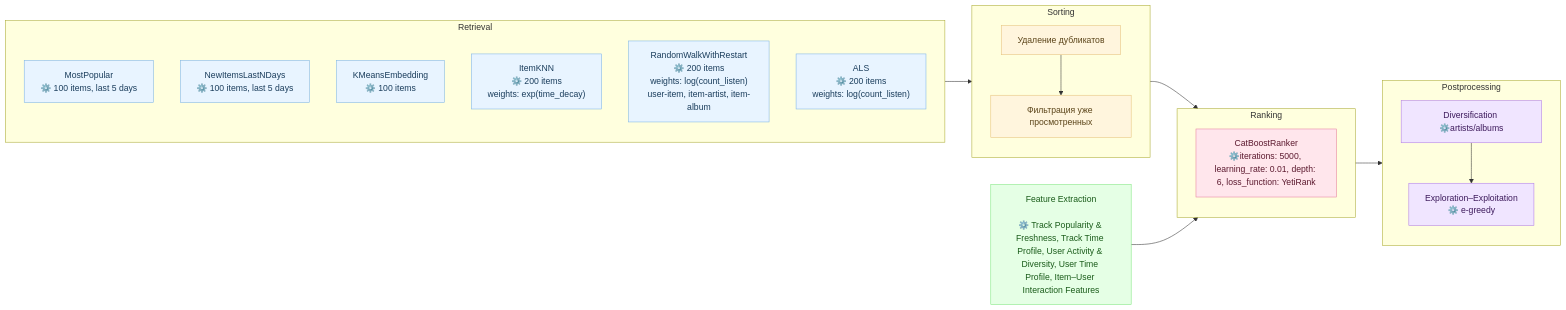
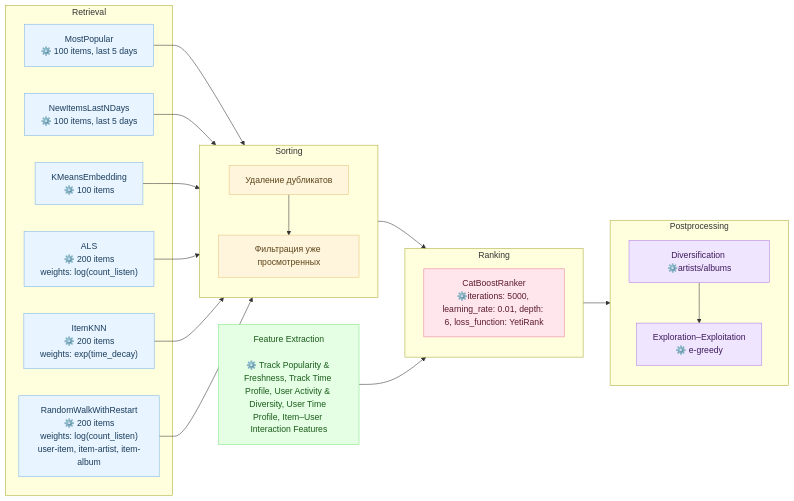
One commit to Nastasy822/music-recommendation-experiments changed the second of 2 diagrams in README.md. Above: the diagram before and after it, drawn with Mermaid.

Commit message:
docs(readme): update diagram

````diff
--- a/README.md
+++ b/README.md
@@ -180,58 +180,63 @@
 ```mermaid
 flowchart LR
     %% === Retrieval Models ===
     subgraph RETRIEVAL ["Retrieval"]
         PopAll["MostPopular<br/>⚙️ 100 items, last 5 days"]
         PopUser["NewItemsLastNDays<br/>⚙️ 100 items, last 5 days"]
         SIM["KMeansEmbedding<br/>⚙️ 100 items"]
         ITEMKNN["ItemKNN<br/>⚙️ 200 items<br/>weights: exp(time_decay)"]
         GRAPH["RandomWalkWithRestart<br/>⚙️ 200 items<br/>weights: log(count_listen)<br/>user-item, item-artist, item-album"]
         ALS["ALS<br/>⚙️ 200 items<br/>weights: log(count_listen)"]
     end
 
     %% === Sorting Stage ===
     subgraph SORTING ["Sorting"]
         direction TB
         DUBLICATE["Удаление дубликатов"]
         FILTER["Фильтрация уже просмотренных"]
         DUBLICATE --> FILTER
     end
 
     %% === Feature Extraction ===
     FEATS["Feature Extraction<br><br>⚙️ Track Popularity & Freshness, Track Time Profile, User Activity & Diversity, User Time Profile, Item–User Interaction Features"]
-
+    
     %% === Ranking Stage ===
     subgraph RANKING ["Ranking"]
         RANK["CatBoostRanker<br/>⚙️iterations: 5000, learning_rate: 0.01, depth: 6, loss_function: YetiRank"]
     end
 
     %% === Postprocessing Stage ===
     subgraph POSTPROCESS ["Postprocessing"]
         direction TB
         ARTIST_FILTER["Diversification ⚙️artists/albums"]
         EXPLORATION["Exploration–Exploitation<br/> ⚙️ e-greedy"]
         ARTIST_FILTER --> EXPLORATION
     end
 
 
 
     %% === Data Flows ===
-    RETRIEVAL --> SORTING
+    PopAll --> SORTING
+    PopUser --> SORTING
+    SIM --> SORTING
+    ALS --> SORTING
+    ITEMKNN --> SORTING
+    GRAPH --> SORTING
     SORTING --> RANKING
     FEATS --> RANKING
     RANKING --> POSTPROCESS
 
     %% === Styles ===
     classDef retrieval fill:#e8f4ff,stroke:#7db4e6,color:#1a3d5c;
     classDef sorting fill:#fff5dd,stroke:#e6c27d,color:#5c451a;
     classDef ranking fill:#ffe6ec,stroke:#e67d9c,color:#5c1a2f;
     classDef postprocess fill:#f0e5ff,stroke:#b07de6,color:#3d1a5c;
     classDef features fill:#e5ffe5,stroke:#7de67d,color:#1a5c1a;
 
     class PopAll,PopUser,SIM,ALS,ITEMKNN,GRAPH retrieval;
     class FILTER,DUBLICATE sorting;
     class RANK ranking;
     class ARTIST_FILTER,EXPLORATION postprocess;
     class FEATS features;
 
 ```
````
